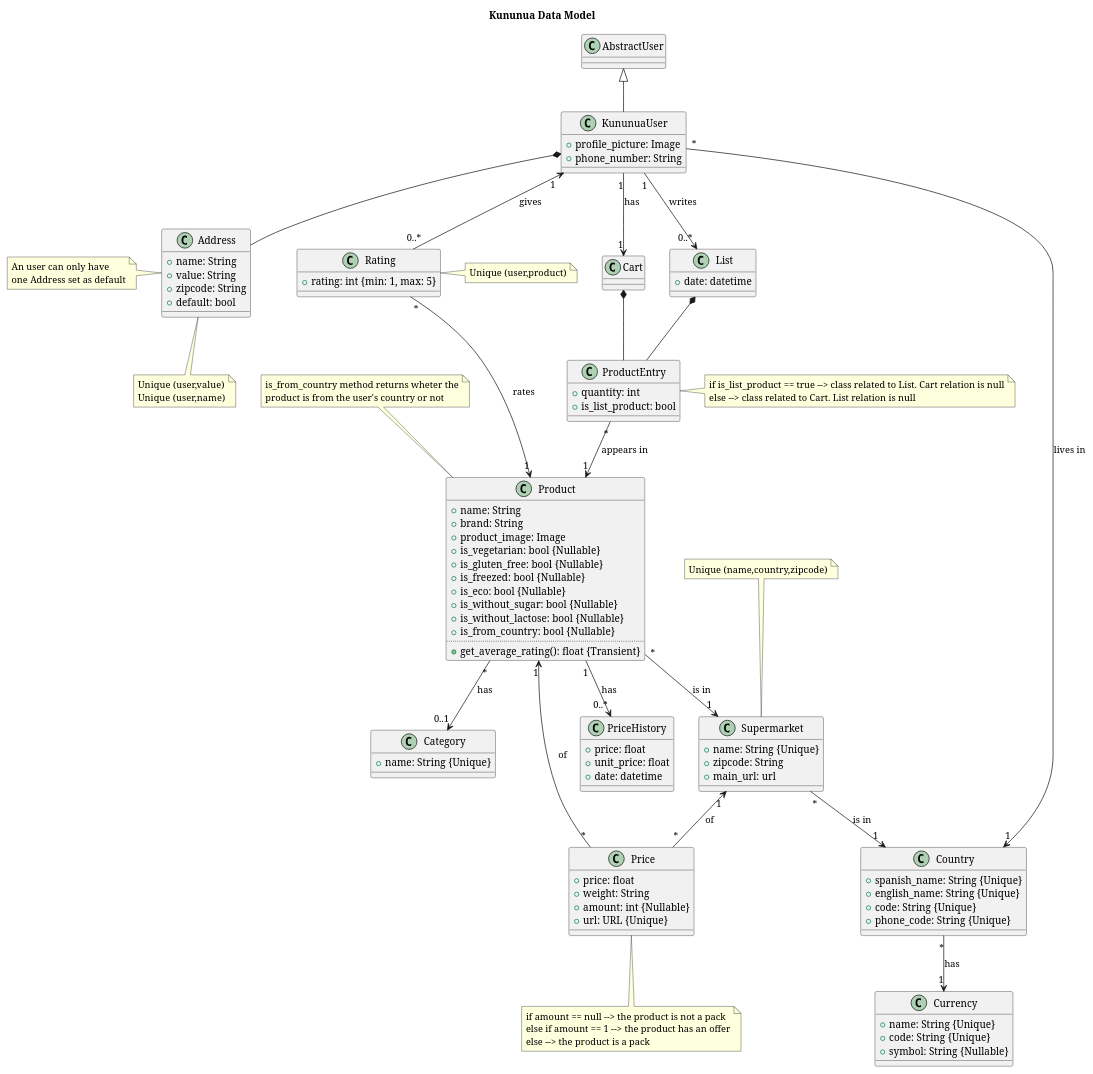
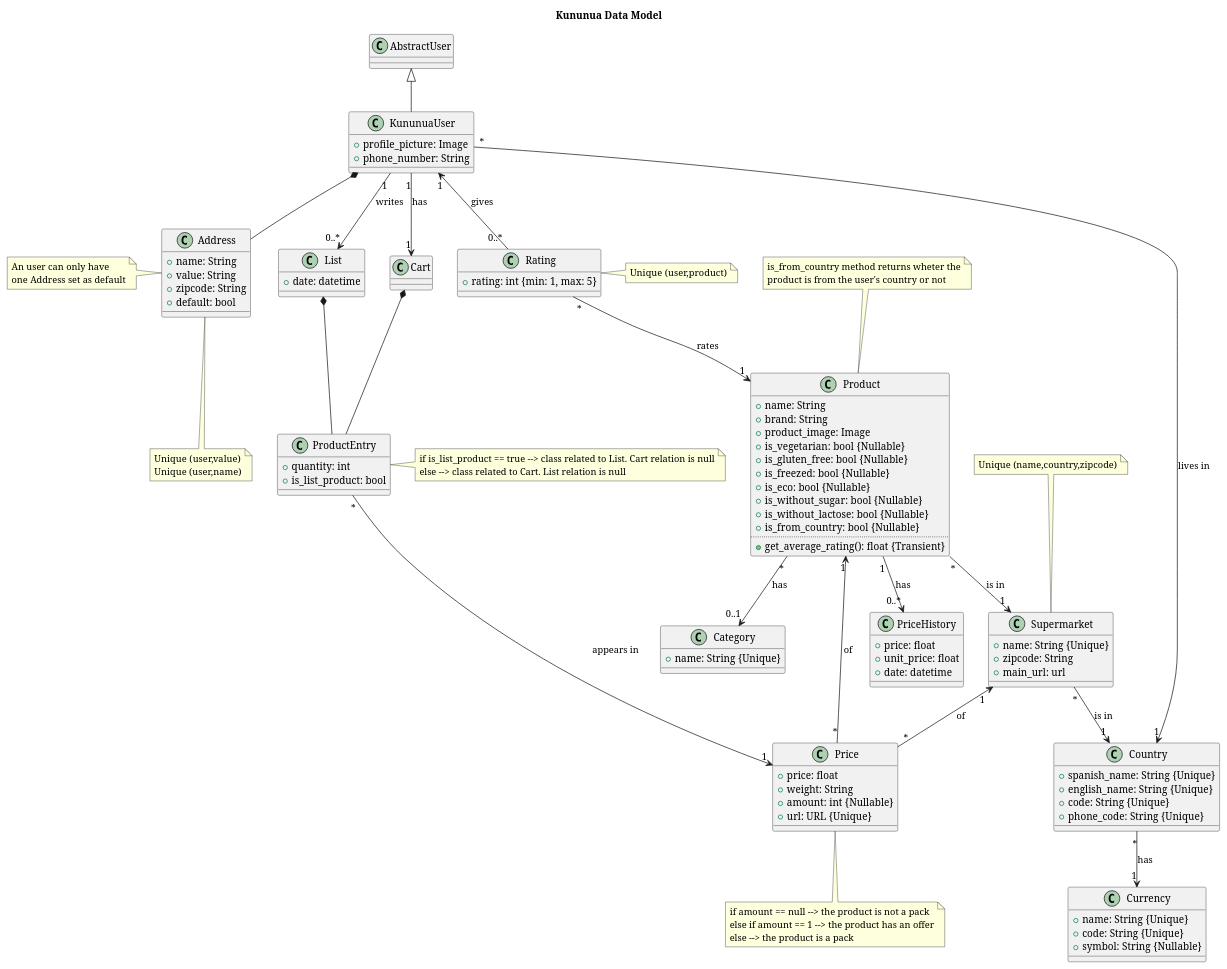
Before and after one commit to Kununua/kununua-app: the diagram in documentation/diagrams/src/data-diagram.wsd, drawn with PlantUML. The commit also changed 7 other files, not shown here.

```diff
--- a/documentation/diagrams/src/data-diagram.wsd
+++ b/documentation/diagrams/src/data-diagram.wsd
@@ -1,145 +1,145 @@
 @startuml KununuaDataModel
 
 ' --------------- CONFIG ----------------
 
 title Kununua Data Model
 skinparam defaultFontName Serif
 
 ' --------------- CLASSES ----------------
 
 class AbstractUser{}
 
 class KununuaUser{
     +profile_picture: Image
     +phone_number: String
 }
 
 class Country{
     +spanish_name: String {Unique}
     +english_name: String {Unique}
     +code: String {Unique}
     +phone_code: String {Unique}
 }
 
 class Currency{
     +name: String {Unique}
     +code: String {Unique}
     +symbol: String {Nullable}
 }
 
 class Address{
     +name: String
     +value: String
     +zipcode: String
     +default: bool
 }
 
 class Product{
     +name: String
     +brand: String
     +product_image: Image
     +is_vegetarian: bool {Nullable}
     +is_gluten_free: bool {Nullable}
     +is_freezed: bool {Nullable}
     +is_eco: bool {Nullable}
     +is_without_sugar: bool {Nullable}
     +is_without_lactose: bool {Nullable}
     +is_from_country: bool {Nullable}
     ..
     +get_average_rating(): float {Transient}
 }
 
 class Price{
     +price: float
     +weight: String
     +amount: int {Nullable}
     +url: URL {Unique}
 }
 
 class Category{
     +name: String {Unique}
 }
 
 class Supermarket{
     +name: String {Unique}
     +zipcode: String
     +main_url: url
 }
 
 class Rating{
     +rating: int {min: 1, max: 5}
 }
 
 class PriceHistory{
     +price: float
     +unit_price: float
     +date: datetime
 }
 
 class List{
     +date: datetime
 }
 
 class Cart{}
 
 class ProductEntry{
     +quantity: int
     +is_list_product: bool
 }
 
 ' --------------- NOTES ----------------
 note left of Address 
 An user can only have 
 one Address set as default
 end note
 
 note bottom of Address 
 Unique (user,value)
 Unique (user,name)
 end note
 
 note top of Product
 is_from_country method returns wheter the
 product is from the user's country or not
 end note
 
 note top of Supermarket
 Unique (name,country,zipcode)
 end note
 
 note right of Rating
 Unique (user,product)
 end note
 
 note right of ProductEntry
 if is_list_product == true --> class related to List. Cart relation is null
 else --> class related to Cart. List relation is null
 end note
 
 note bottom of Price
 if amount == null --> the product is not a pack
 else if amount == 1 --> the product has an offer
 else --> the product is a pack
 end note
 
 ' --------------- RELATIONS ----------------
 
 AbstractUser <|-- KununuaUser
 KununuaUser *-- Address
 KununuaUser "*" --> "1" Country: lives in
 KununuaUser "1" <-- "0..*" Rating: gives
 KununuaUser "1" --> "0..*" List: writes
 KununuaUser "1" --> "1" Cart: has
 Country "*" --> "1" Currency: has
 Product "*" --> "0..1" Category: has
 Product "1" <-- "*" Price: of
 Product "*" --> "1" Supermarket: is in
 Product "1" --> "0..*" PriceHistory: has
 Supermarket "*" --> "1" Country: is in
 Supermarket "1" <-- "*" Price: of
 Rating "*" --> "1" Product: rates
 List *-- ProductEntry
 Cart *-- ProductEntry
-ProductEntry "*" --> "1" Product: appears in
+ProductEntry "*" --> "1" Price: appears in
 
 @enduml
```
